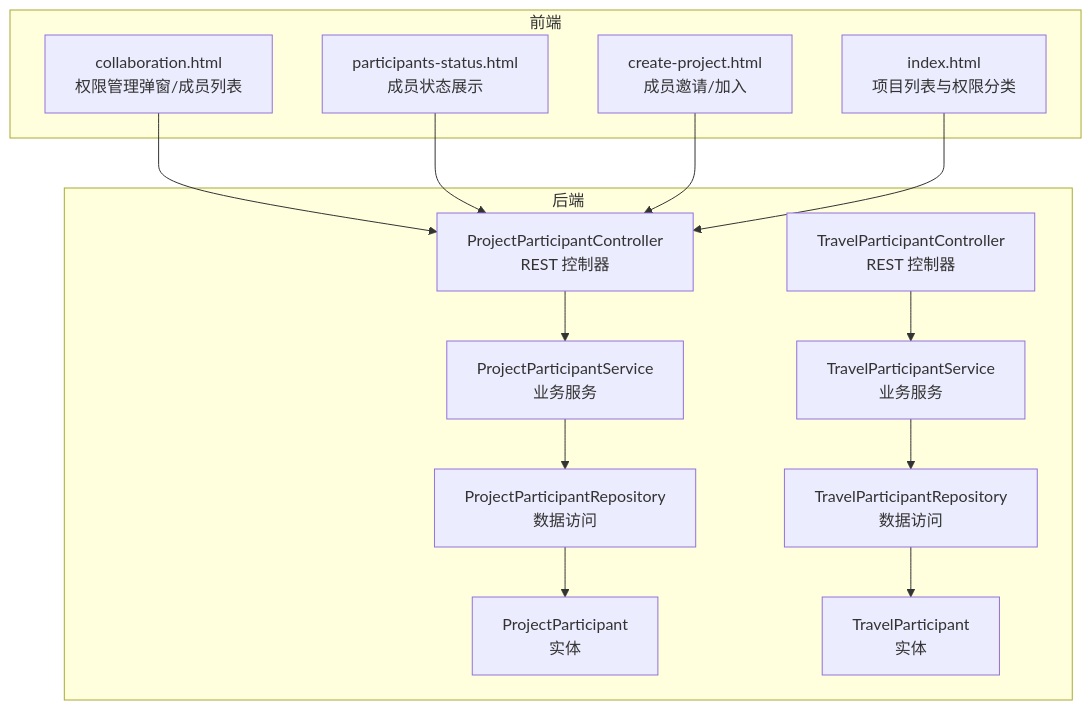
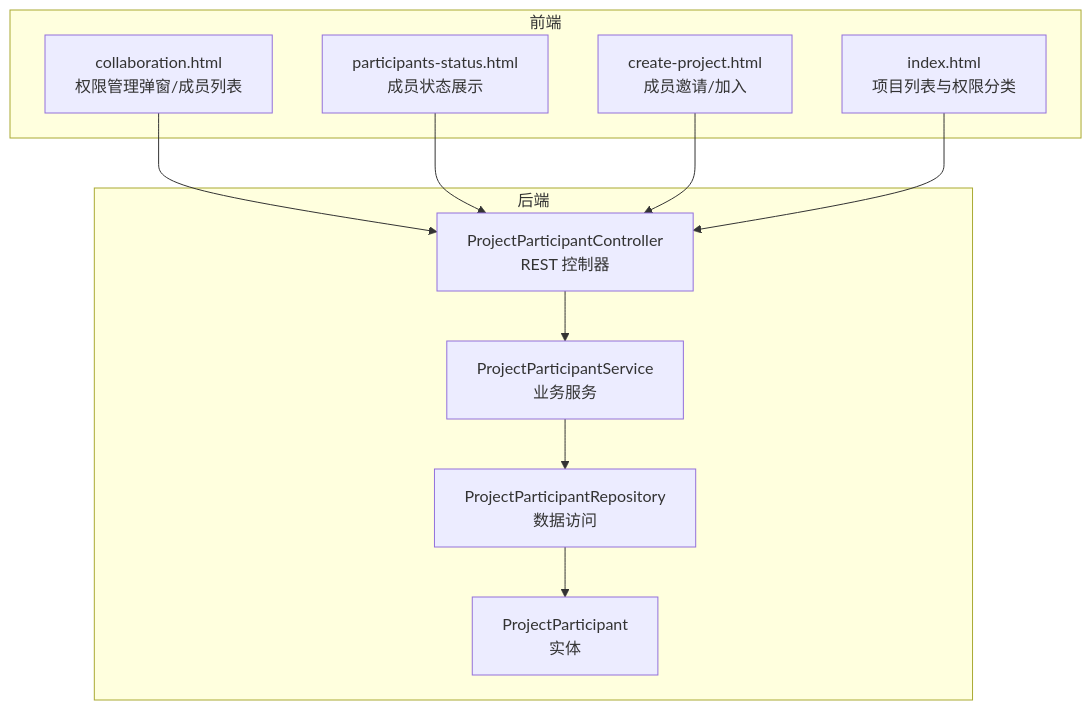
Before and after one commit to 3217741252tsl-collab/tudianersha: the first of 6 diagrams in .qoder/repowiki/zh/content/核心功能模块/协作功能/权限管理.md, drawn with Mermaid. The commit also changed other lines of this file and 4 other files, not shown here.

````diff
--- a/.qoder/repowiki/zh/content/核心功能模块/协作功能/权限管理.md
+++ b/.qoder/repowiki/zh/content/核心功能模块/协作功能/权限管理.md
@@ -37,29 +39,22 @@
 ```mermaid
 graph TB
 subgraph "后端"
 A["ProjectParticipantController<br/>REST 控制器"]
 B["ProjectParticipantService<br/>业务服务"]
 C["ProjectParticipantRepository<br/>数据访问"]
 D["ProjectParticipant<br/>实体"]
-E["TravelParticipantController<br/>REST 控制器"]
-F["TravelParticipantService<br/>业务服务"]
-G["TravelParticipantRepository<br/>数据访问"]
-H["TravelParticipant<br/>实体"]
 end
 subgraph "前端"
 I["collaboration.html<br/>权限管理弹窗/成员列表"]
 J["participants-status.html<br/>成员状态展示"]
 K["create-project.html<br/>成员邀请/加入"]
 L["index.html<br/>项目列表与权限分类"]
 end
 I --> A
 J --> A
 K --> A
 L --> A
 A --> B
 B --> C
 C --> D
-E --> F
-F --> G
-G --> H
 ```
````
